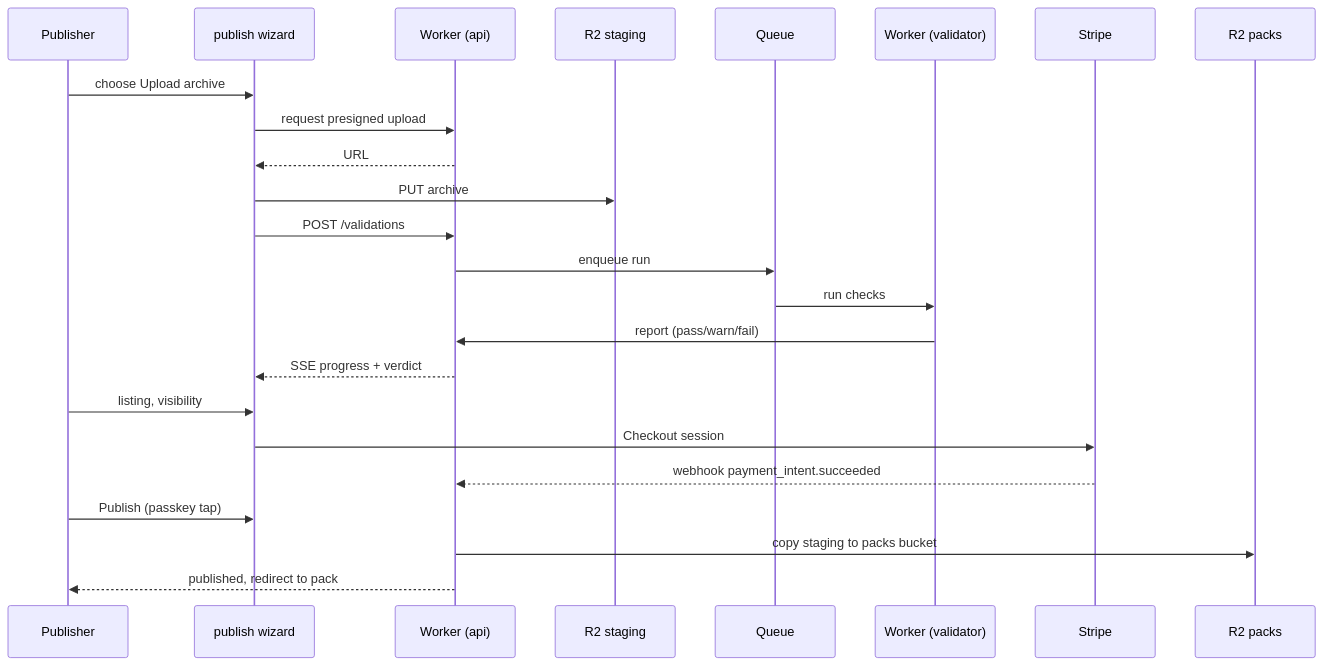
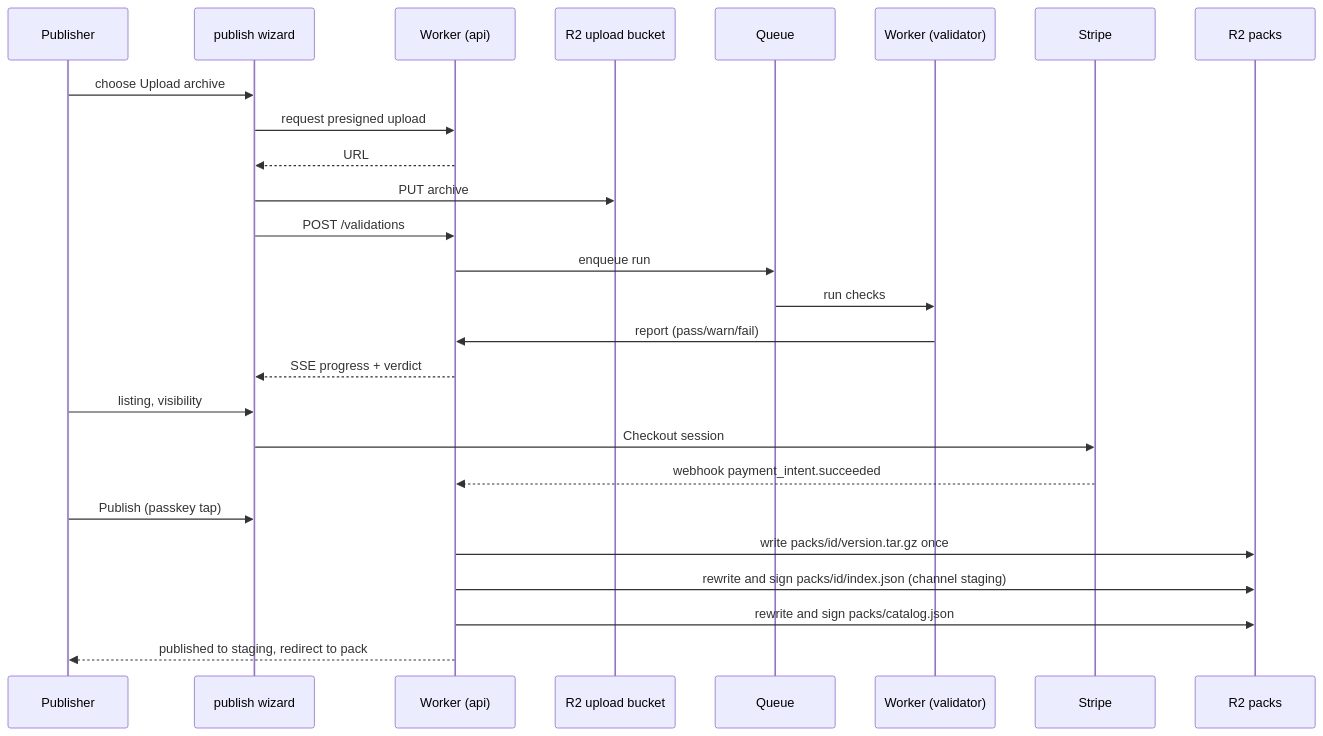
The fifth of 13 diagrams in docs/ui/flows.md (Claudinite/PackServer), drawn with Mermaid before and after one commit. The commit also changed other lines of this file and 6 other files, not shown here.

````diff
--- a/docs/ui/flows.md
+++ b/docs/ui/flows.md
@@ -185,26 +187,28 @@
 ```mermaid
 sequenceDiagram
   participant Pu as Publisher
   participant Wz as publish wizard
   participant W as Worker (api)
-  participant R2s as R2 staging
+  participant R2s as R2 upload bucket
   participant Q as Queue
   participant V as Worker (validator)
   participant St as Stripe
   participant R2 as R2 packs
   Pu->>Wz: choose Upload archive
   Wz->>W: request presigned upload
   W-->>Wz: URL
   Wz->>R2s: PUT archive
   Wz->>W: POST /validations
   W->>Q: enqueue run
   Q->>V: run checks
   V->>W: report (pass/warn/fail)
   W-->>Wz: SSE progress + verdict
   Pu->>Wz: listing, visibility
   Wz->>St: Checkout session
   St-->>W: webhook payment_intent.succeeded
   Pu->>Wz: Publish (passkey tap)
-  W->>R2: copy staging to packs bucket
-  W-->>Pu: published, redirect to pack
+  W->>R2: write packs/id/version.tar.gz once
+  W->>R2: rewrite and sign packs/id/index.json (channel staging)
+  W->>R2: rewrite and sign packs/catalog.json
+  W-->>Pu: published to staging, redirect to pack
 ```
````
